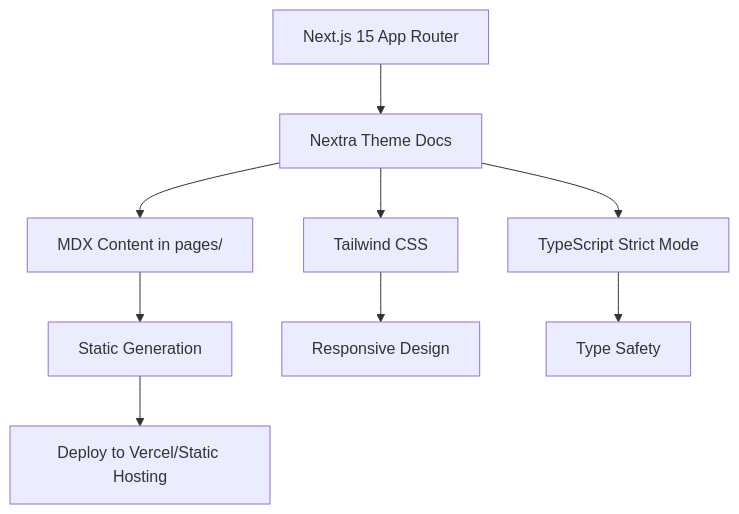
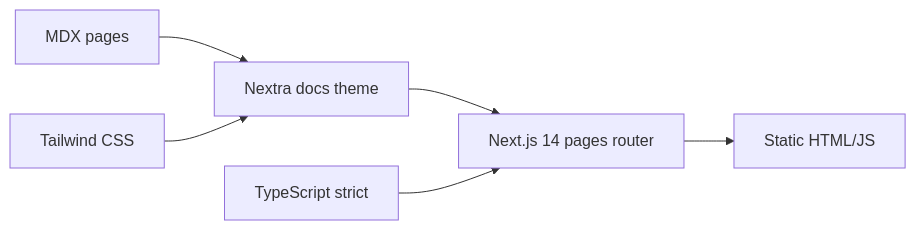
The diagram in README.md (unchain0/socialkit), drawn with Mermaid before and after one commit. The commit also changed other lines of this file and 23 other files, not shown here.

````diff
--- a/README.md
+++ b/README.md
@@ -95,11 +83,8 @@
 ```mermaid
-graph TD
-    A[Next.js 15 App Router] --> B[Nextra Theme Docs]
-    B --> C[MDX Content in pages/]
-    C --> D[Static Generation]
-    D --> E[Deploy to Vercel/Static Hosting]
-    B --> F[Tailwind CSS]
-    F --> G[Responsive Design]
-    B --> H[TypeScript Strict Mode]
-    H --> I[Type Safety]
+flowchart LR
+  MDX[MDX pages] --> Nextra[Nextra docs theme]
+  Nextra --> Next[Next.js 14 pages router]
+  Next --> Static[Static HTML/JS]
+  TS[TypeScript strict] --> Next
+  Tailwind[Tailwind CSS] --> Nextra
 ```
````
